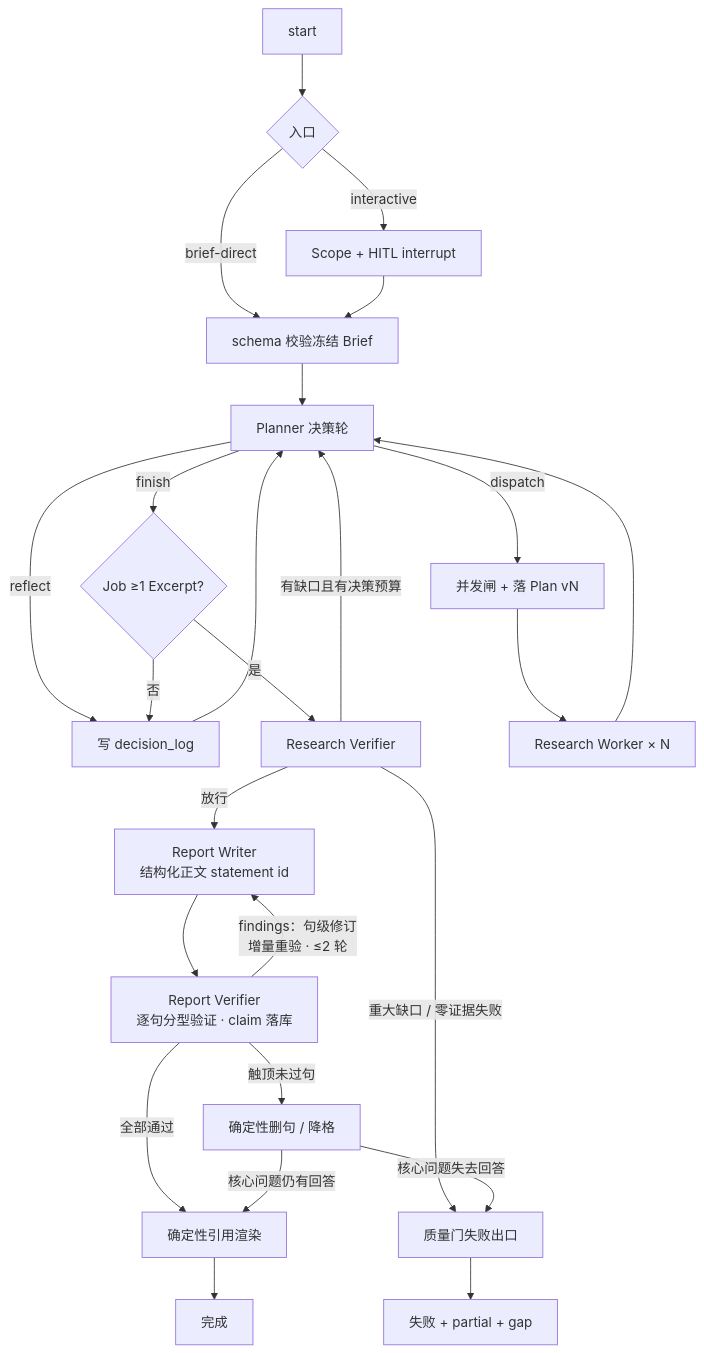
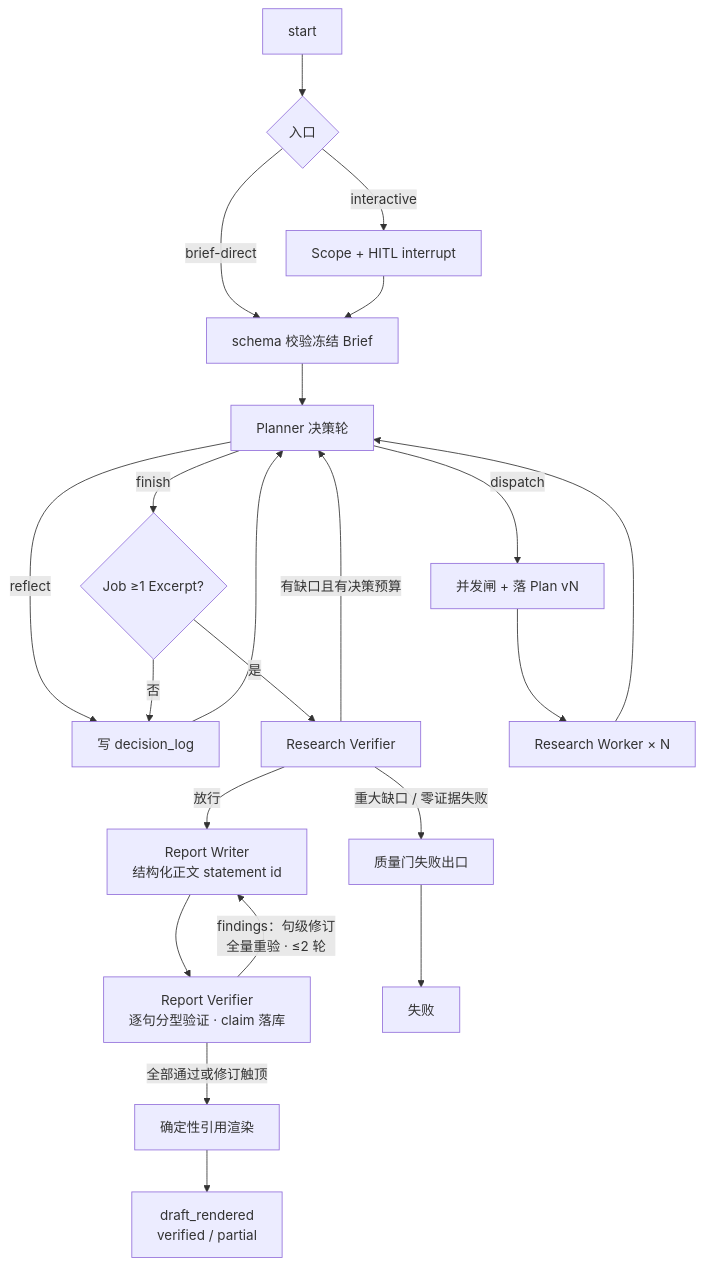
Before and after one commit to ecaps7/Prospector: the diagram in docs/implementations/m1.md, drawn with Mermaid. The commit also changed other lines of this file and 50 other files, not shown here.

````diff
--- a/docs/implementations/m1.md
+++ b/docs/implementations/m1.md
@@ -329,27 +332,24 @@
 ```mermaid
 flowchart TD
   start[start] --> scope{入口}
   scope -->|interactive| scopeAgent[Scope + HITL interrupt]
   scope -->|brief-direct| freeze[schema 校验冻结 Brief]
   scopeAgent --> freeze
   freeze --> planner[Planner 决策轮]
   planner -->|dispatch| sched[并发闸 + 落 Plan vN]
   planner -->|reflect| dlog[写 decision_log]
   planner -->|finish| emptyGuard{Job ≥1 Excerpt?}
   emptyGuard -->|否| dlog
   emptyGuard -->|是| verifier[Research Verifier]
   dlog --> planner
   sched --> workers[Research Worker × N]
   workers --> planner
   verifier -->|有缺口且有决策预算| planner
   verifier -->|放行| writer[Report Writer<br/>结构化正文 statement id]
   verifier -->|重大缺口 / 零证据失败| failGate[质量门失败出口]
   writer --> rver[Report Verifier<br/>逐句分型验证 · claim 落库]
-  rver -->|findings：句级修订<br/>增量重验 · ≤2 轮| writer
-  rver -->|触顶未过句| prune[确定性删句 / 降格]
-  rver -->|全部通过| render[确定性引用渲染]
-  prune -->|核心问题仍有回答| render
-  prune -->|核心问题失去回答| failGate
-  render --> done[完成]
-  failGate --> failed[失败 + partial + gap]
+  rver -->|findings：句级修订<br/>全量重验 · ≤2 轮| writer
+  rver -->|全部通过或修订触顶| render[确定性引用渲染]
+  render --> done[draft_rendered<br/>verified / partial]
+  failGate --> failed[失败]
 ```
````
